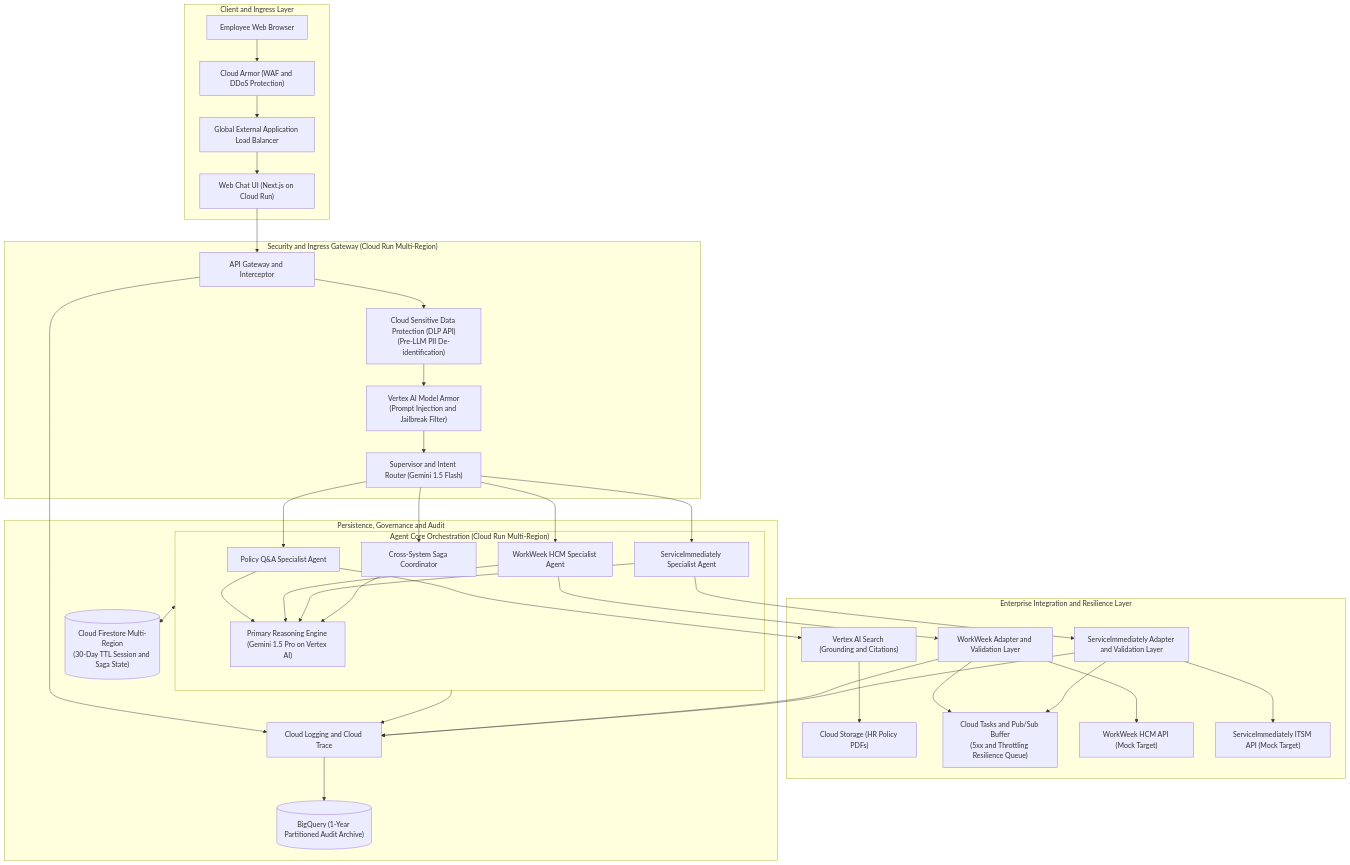
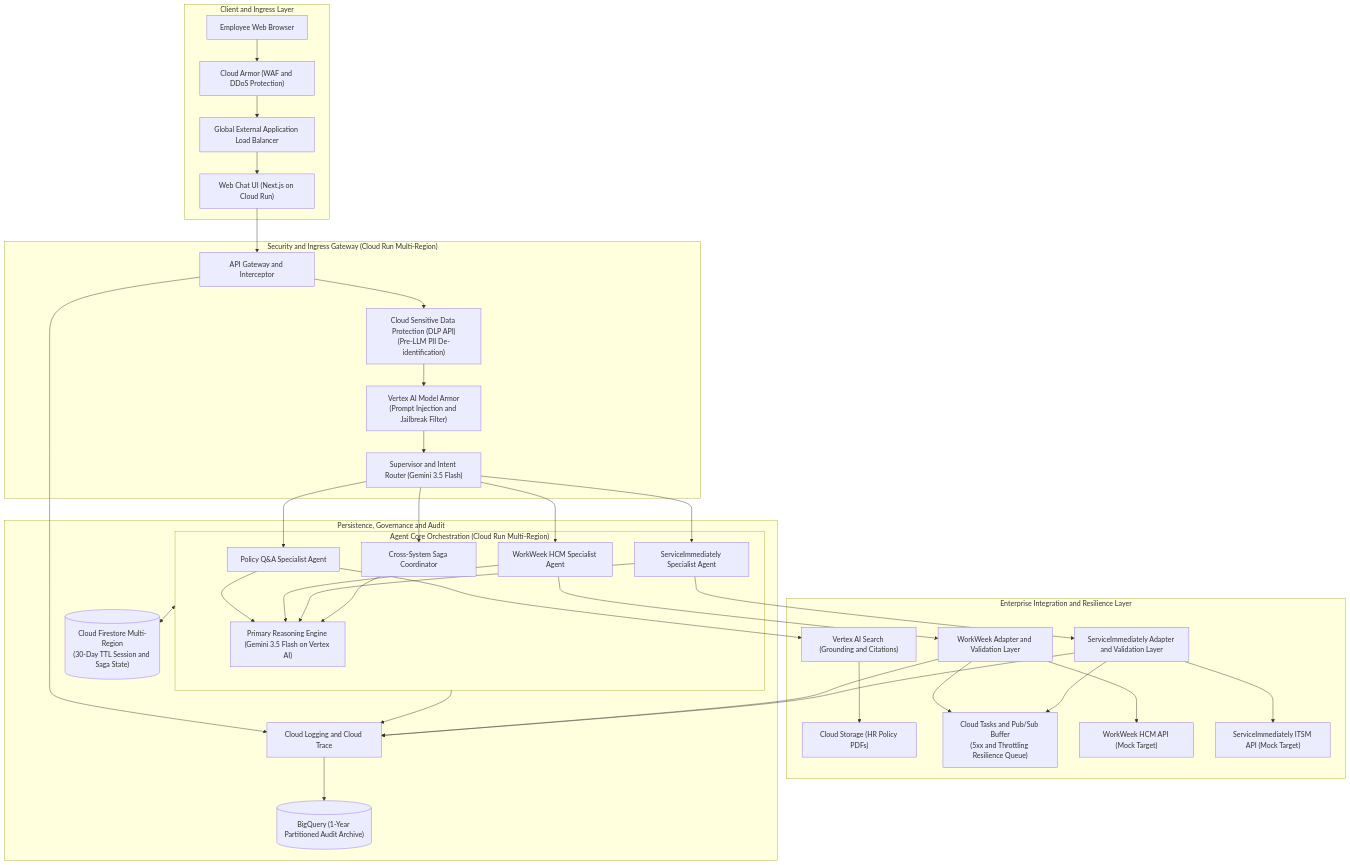
Before and after one commit to randyh0329/PRJ-ELEVATE-C1-G5: the second of 13 diagrams in Enterprise Agentic Solution Design Document - MVP 1.md, drawn with Mermaid. The commit also changed other lines of this file, not shown here.

Commit message:
Change model gemini 1.5 to gemini 3.5 flash

````diff
--- a/Enterprise Agentic Solution Design Document - MVP 1.md
+++ b/Enterprise Agentic Solution Design Document - MVP 1.md
@@ -85,47 +85,47 @@
 ```mermaid
 flowchart TB
     subgraph ClientAndIngress["Client and Ingress Layer"]
         UserBrowser["Employee Web Browser"] --> CloudArmor["Cloud Armor (WAF and DDoS Protection)"]
         CloudArmor --> GlobalLB["Global External Application Load Balancer"]
         GlobalLB --> ChatUI["Web Chat UI (Next.js on Cloud Run)"]
     end
 
     subgraph SecurityGateway["Security and Ingress Gateway (Cloud Run Multi-Region)"]
         ChatUI --> APIGateway["API Gateway and Interceptor"]
         APIGateway --> DLP["Cloud Sensitive Data Protection (DLP API)<br>(Pre-LLM PII De-identification)"]
         DLP --> ModelArmor["Vertex AI Model Armor<br>(Prompt Injection and Jailbreak Filter)"]
-        ModelArmor --> Router["Supervisor and Intent Router (Gemini 1.5 Flash)"]
+        ModelArmor --> Router["Supervisor and Intent Router (Gemini 3.5 Flash)"]
     end
 
     subgraph AgentCore["Agent Core Orchestration (Cloud Run Multi-Region)"]
         Router --> PolicyAgent["Policy Q&A Specialist Agent"]
         Router --> HCMAgent["WorkWeek HCM Specialist Agent"]
         Router --> ITSMAgent["ServiceImmediately Specialist Agent"]
         Router --> SagaCoordinator["Cross-System Saga Coordinator"]
         
-        PolicyAgent --> LLMReasoning["Primary Reasoning Engine (Gemini 1.5 Pro on Vertex AI)"]
+        PolicyAgent --> LLMReasoning["Primary Reasoning Engine (Gemini 3.5 Flash on Vertex AI)"]
         HCMAgent --> LLMReasoning
         ITSMAgent --> LLMReasoning
         SagaCoordinator --> LLMReasoning
     end
 
     subgraph IntegrationAndResilience["Enterprise Integration and Resilience Layer"]
         PolicyAgent --> VAISearch["Vertex AI Search (Grounding and Citations)"]
         VAISearch --> GCS["Cloud Storage (HR Policy PDFs)"]
         
         HCMAgent --> WWAdapter["WorkWeek Adapter and Validation Layer"]
         ITSMAgent --> SIAdapter["ServiceImmediately Adapter and Validation Layer"]
         
         WWAdapter --> CloudTasks["Cloud Tasks and Pub/Sub Buffer<br>(5xx and Throttling Resilience Queue)"]
         SIAdapter --> CloudTasks
         
         WWAdapter --> MockWW["WorkWeek HCM API (Mock Target)"]
         SIAdapter --> MockSI["ServiceImmediately ITSM API (Mock Target)"]
     end
 
     subgraph PersistenceAndGovernance["Persistence, Governance and Audit"]
         AgentCore <--> Firestore[("Cloud Firestore Multi-Region<br>(30-Day TTL Session and Saga State)")]
         APIGateway & AgentCore & WWAdapter & SIAdapter --> Logging["Cloud Logging and Cloud Trace"]
         Logging --> BigQuery[("BigQuery (1-Year Partitioned Audit Archive)")]
     end
 ```
````
